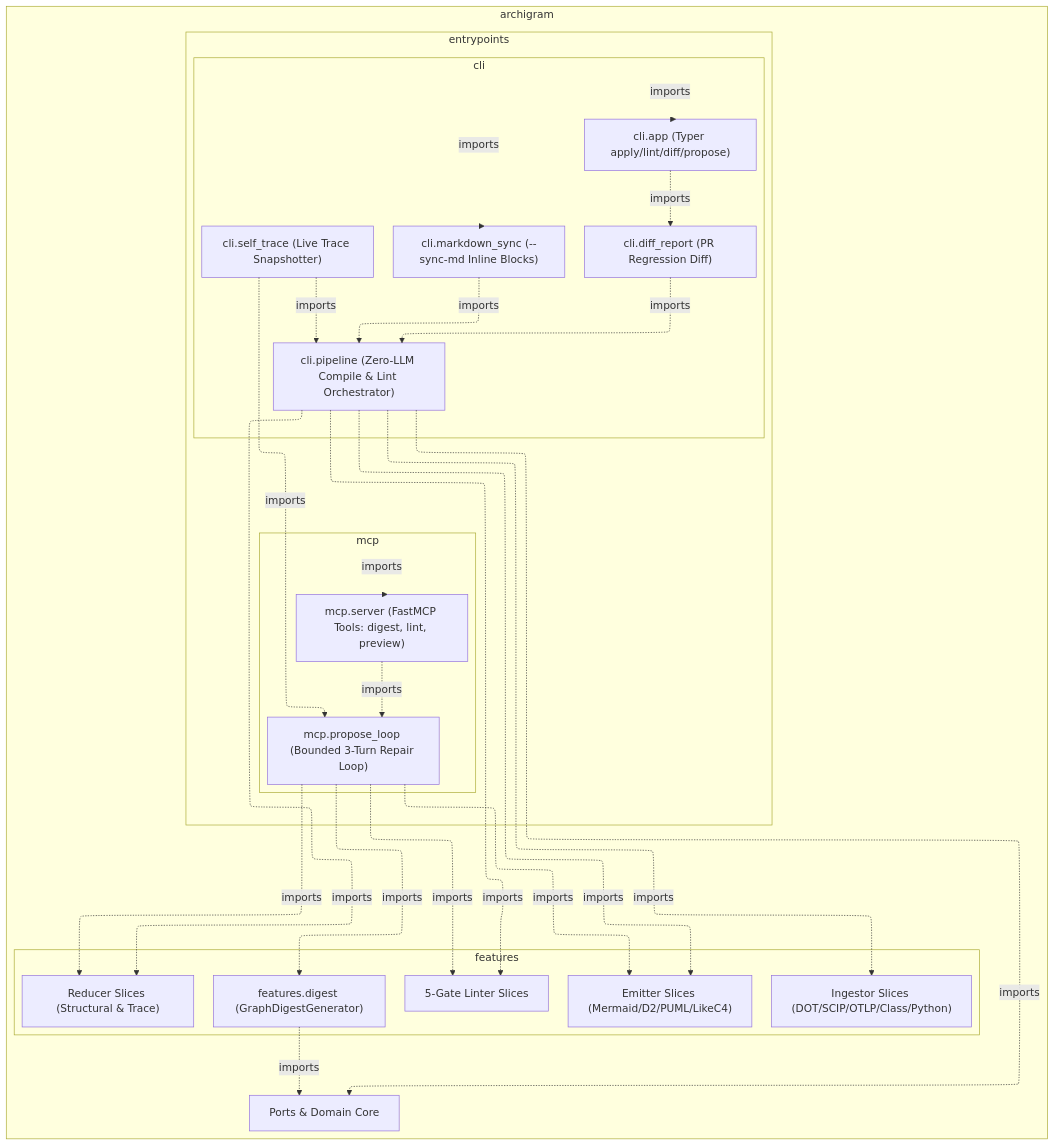
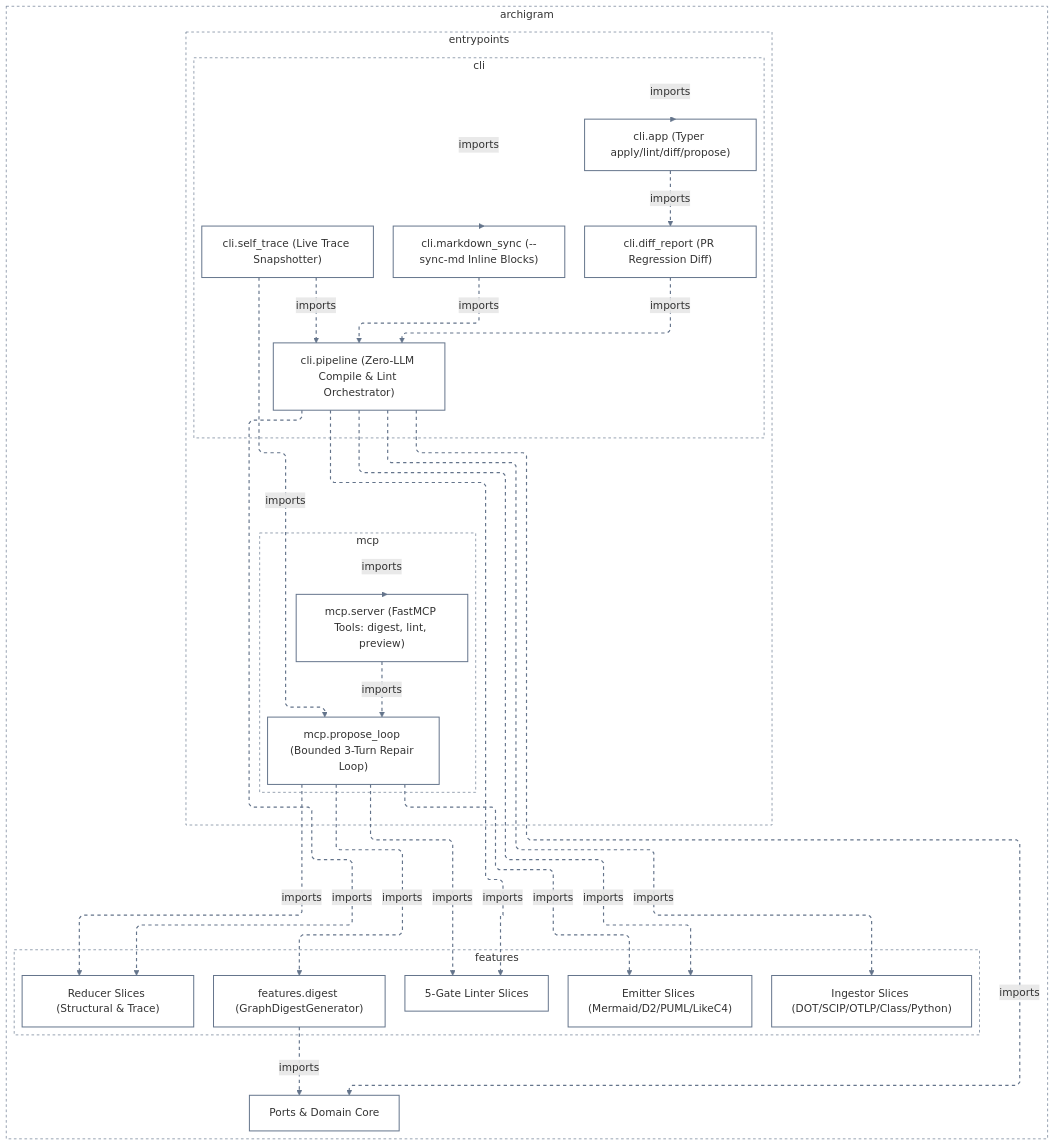
One commit to klcd/archigram changed the diagram in docs/architecture/diagrams/l2d_cli_and_mcp_adapters_mermaid.mmd. Above: the diagram before and after it, drawn with Mermaid. The commit also changed 58 other files, not shown here.

```diff
--- a/docs/architecture/diagrams/l2d_cli_and_mcp_adapters_mermaid.mmd
+++ b/docs/architecture/diagrams/l2d_cli_and_mcp_adapters_mermaid.mmd
@@ -1,47 +1,87 @@
 ---
 config:
   layout: elk
+  look: classic
+  elk:
+    mergeEdges: false
+    nodePlacementStrategy: BRANDES_KOEPF
+  flowchart:
+    curve: linear
+  themeVariables:
+    primaryColor: transparent
+    secondaryColor: transparent
+    tertiaryColor: transparent
+    mainBkg: transparent
+    nodeBorder: '#64748b'
+    clusterBkg: transparent
+    clusterBorder: '#64748b'
+    lineColor: '#64748b'
 ---
 flowchart TD
+  classDef default fill:transparent,stroke:#64748b,stroke-width:1.5px
   subgraph n_0_archigram_983b03["archigram"]
     subgraph n_1_archigram_entryp_6a8ce0["entrypoints"]
       subgraph n_2_archigram_entryp_f9dc23["cli"]
         n_5_cli_app_af790b["cli.app (Typer apply/lint/diff/propose)"]
         n_6_cli_diff_report_7a51b7["cli.diff_report (PR Regression Diff)"]
         n_7_cli_markdown_syn_cf9552["cli.markdown_sync (--sync-md Inline Blocks)"]
         n_8_cli_pipeline_6371a4["cli.pipeline (Zero-LLM Compile & Lint Orchestrator)"]
         n_9_cli_self_trace_5e0e93["cli.self_trace (Live Trace Snapshotter)"]
       end
       subgraph n_3_archigram_entryp_d739e6["mcp"]
         n_15_mcp_propose_loop_e477f8["mcp.propose_loop (Bounded 3-Turn Repair Loop)"]
         n_16_mcp_server_f6e365["mcp.server (FastMCP Tools: digest, lint, preview)"]
       end
     end
     subgraph n_4_archigram_featur_e6f01e["features"]
       n_10_feature_digest_52876d["features.digest (GraphDigestGenerator)"]
       n_11_feature_emitters_75a4c0["Emitter Slices (Mermaid/D2/PUML/LikeC4)"]
       n_12_feature_ingestor_73234e["Ingestor Slices (DOT/SCIP/OTLP/Class/Python)"]
       n_13_feature_linters_57c819["5-Gate Linter Slices"]
       n_14_feature_reducers_8a2858["Reducer Slices (Structural & Trace)"]
     end
     n_17_ports_and_domain_38e7a5["Ports & Domain Core"]
   end
+  style n_0_archigram_983b03 fill:transparent,stroke:#64748b,stroke-width:1px,stroke-dasharray:4 4
+  style n_1_archigram_entryp_6a8ce0 fill:transparent,stroke:#64748b,stroke-width:1px,stroke-dasharray:4 4
+  style n_2_archigram_entryp_f9dc23 fill:transparent,stroke:#64748b,stroke-width:1px,stroke-dasharray:4 4
+  style n_3_archigram_entryp_d739e6 fill:transparent,stroke:#64748b,stroke-width:1px,stroke-dasharray:4 4
+  style n_4_archigram_featur_e6f01e fill:transparent,stroke:#64748b,stroke-width:1px,stroke-dasharray:4 4
   n_2_archigram_entryp_f9dc23 -.->|"imports"| n_5_cli_app_af790b
   n_6_cli_diff_report_7a51b7 -.->|"imports"| n_8_cli_pipeline_6371a4
   n_5_cli_app_af790b -.->|"imports"| n_6_cli_diff_report_7a51b7
   n_7_cli_markdown_syn_cf9552 -.->|"imports"| n_8_cli_pipeline_6371a4
   n_2_archigram_entryp_f9dc23 -.->|"imports"| n_7_cli_markdown_syn_cf9552
   n_9_cli_self_trace_5e0e93 -.->|"imports"| n_8_cli_pipeline_6371a4
   n_15_mcp_propose_loop_e477f8 -.->|"imports"| n_10_feature_digest_52876d
   n_15_mcp_propose_loop_e477f8 -.->|"imports"| n_11_feature_emitters_75a4c0
   n_8_cli_pipeline_6371a4 -.->|"imports"| n_11_feature_emitters_75a4c0
   n_8_cli_pipeline_6371a4 -.->|"imports"| n_12_feature_ingestor_73234e
   n_15_mcp_propose_loop_e477f8 -.->|"imports"| n_13_feature_linters_57c819
   n_8_cli_pipeline_6371a4 -.->|"imports"| n_13_feature_linters_57c819
   n_9_cli_self_trace_5e0e93 -.->|"imports"| n_15_mcp_propose_loop_e477f8
   n_16_mcp_server_f6e365 -.->|"imports"| n_15_mcp_propose_loop_e477f8
   n_3_archigram_entryp_d739e6 -.->|"imports"| n_16_mcp_server_f6e365
   n_10_feature_digest_52876d -.->|"imports"| n_17_ports_and_domain_38e7a5
   n_8_cli_pipeline_6371a4 -.->|"imports"| n_17_ports_and_domain_38e7a5
   n_15_mcp_propose_loop_e477f8 -.->|"imports"| n_14_feature_reducers_8a2858
   n_8_cli_pipeline_6371a4 -.->|"imports"| n_14_feature_reducers_8a2858
+  linkStyle 0 stroke:#64748b,stroke-width:1.75px,stroke-dasharray:5 5
+  linkStyle 1 stroke:#64748b,stroke-width:1.75px,stroke-dasharray:5 5
+  linkStyle 2 stroke:#64748b,stroke-width:1.75px,stroke-dasharray:5 5
+  linkStyle 3 stroke:#64748b,stroke-width:1.75px,stroke-dasharray:5 5
+  linkStyle 4 stroke:#64748b,stroke-width:1.75px,stroke-dasharray:5 5
+  linkStyle 5 stroke:#64748b,stroke-width:1.75px,stroke-dasharray:5 5
+  linkStyle 6 stroke:#64748b,stroke-width:1.75px,stroke-dasharray:5 5
+  linkStyle 7 stroke:#64748b,stroke-width:1.75px,stroke-dasharray:5 5
+  linkStyle 8 stroke:#64748b,stroke-width:1.75px,stroke-dasharray:5 5
+  linkStyle 9 stroke:#64748b,stroke-width:1.75px,stroke-dasharray:5 5
+  linkStyle 10 stroke:#64748b,stroke-width:1.75px,stroke-dasharray:5 5
+  linkStyle 11 stroke:#64748b,stroke-width:1.75px,stroke-dasharray:5 5
+  linkStyle 12 stroke:#64748b,stroke-width:1.75px,stroke-dasharray:5 5
+  linkStyle 13 stroke:#64748b,stroke-width:1.75px,stroke-dasharray:5 5
+  linkStyle 14 stroke:#64748b,stroke-width:1.75px,stroke-dasharray:5 5
+  linkStyle 15 stroke:#64748b,stroke-width:1.75px,stroke-dasharray:5 5
+  linkStyle 16 stroke:#64748b,stroke-width:1.75px,stroke-dasharray:5 5
+  linkStyle 17 stroke:#64748b,stroke-width:1.75px,stroke-dasharray:5 5
+  linkStyle 18 stroke:#64748b,stroke-width:1.75px,stroke-dasharray:5 5
```
